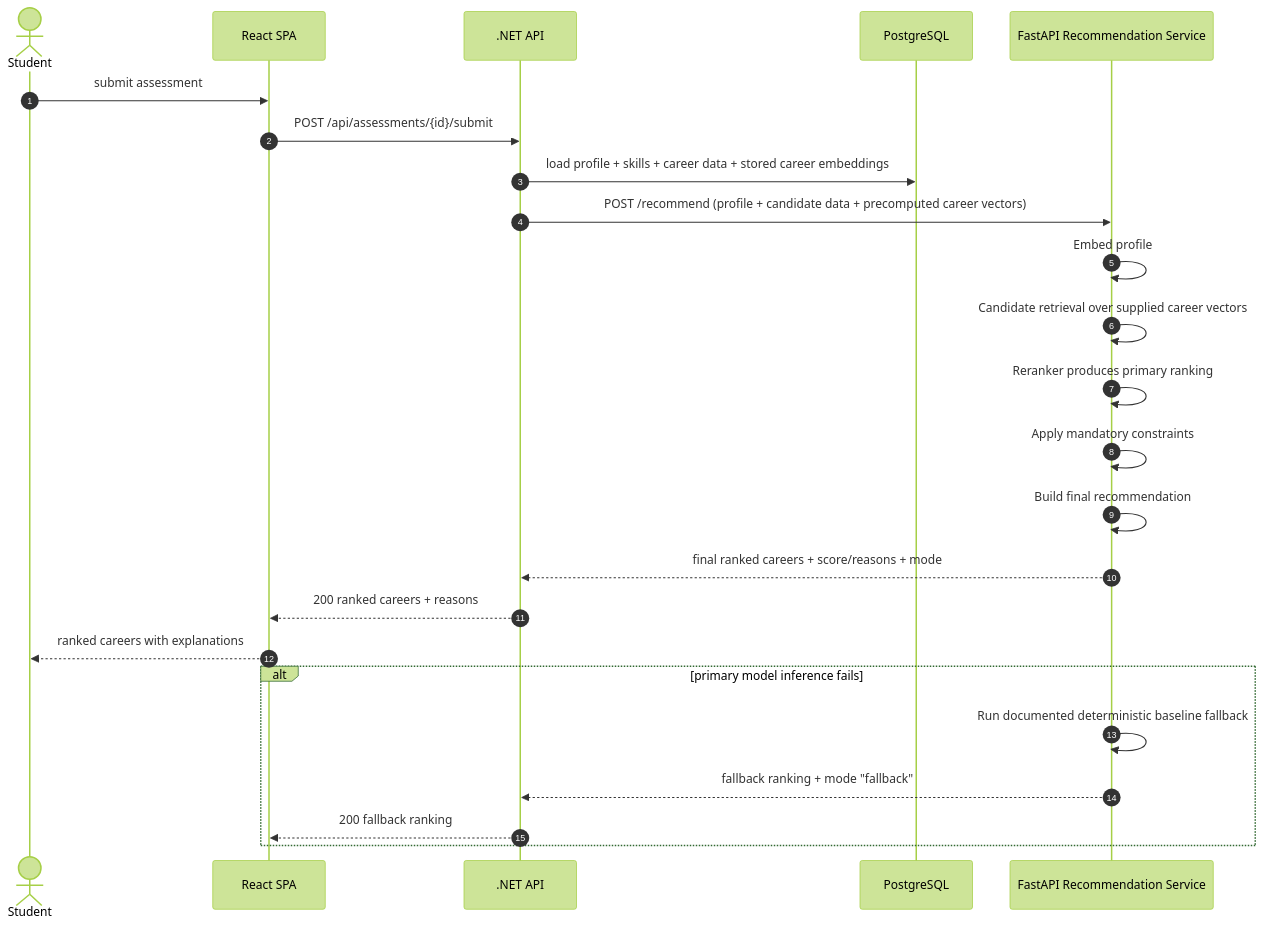
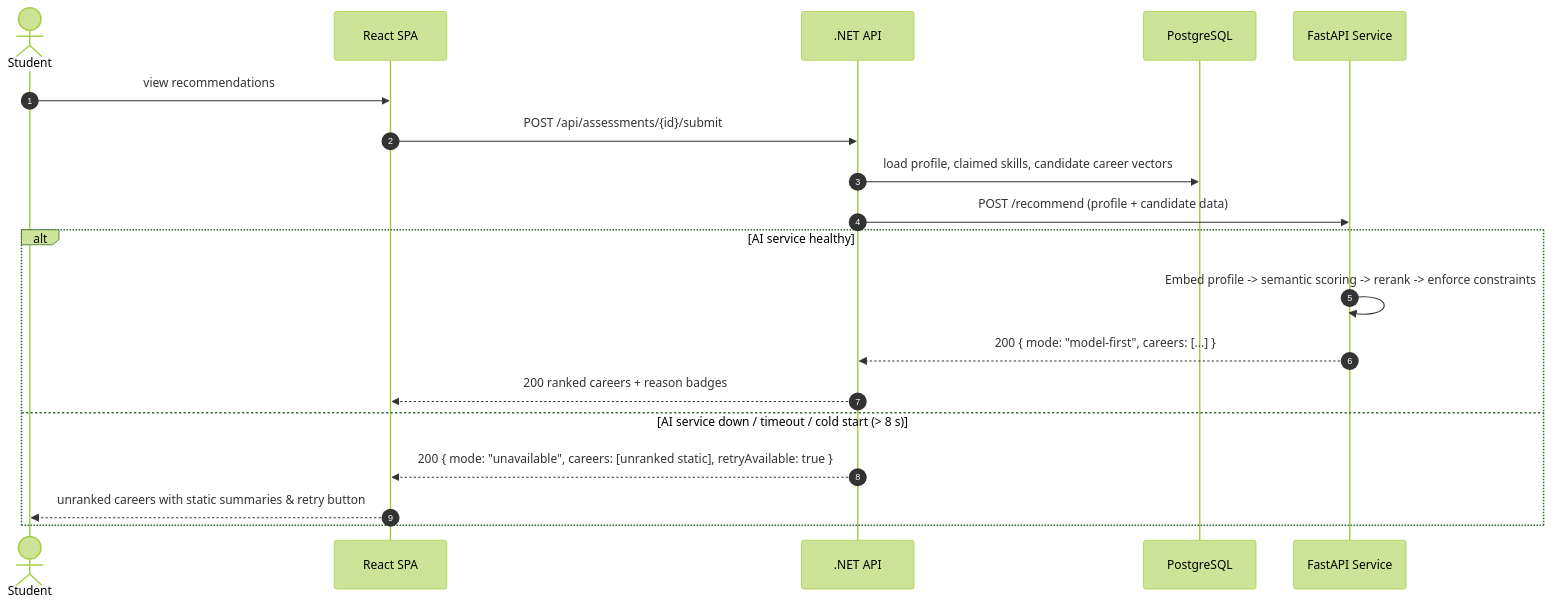
One commit to Masar-SCU/Masar changed the fifth of 8 diagrams in docs/03-architecture.md. Above: the diagram before and after it, drawn with Mermaid (forest theme). The commit also changed other lines of this file and 26 other files, not shown here.

First line of the commit message:
docs: master specification revision for atomic roadmap and defect fixes

````diff
--- a/docs/03-architecture.md
+++ b/docs/03-architecture.md
@@ -275,30 +252,23 @@
 ```mermaid
 sequenceDiagram
     autonumber
     actor S as Student
     participant W as React SPA
     participant A as .NET API
     participant DB as PostgreSQL
-    participant AI as FastAPI Recommendation Service
+    participant AI as FastAPI Service
 
-    S->>W: submit assessment
+    S->>W: view recommendations
     W->>A: POST /api/assessments/{id}/submit
-    A->>DB: load profile + skills + career data + stored career embeddings
-    A->>AI: POST /recommend (profile + candidate data + precomputed career vectors)
+    A->>DB: load profile, claimed skills, candidate career vectors
+    A->>AI: POST /recommend (profile + candidate data)
 
-    AI->>AI: Embed profile
-    AI->>AI: Candidate retrieval over supplied career vectors
-    AI->>AI: Reranker produces primary ranking
-    AI->>AI: Apply mandatory constraints
-    AI->>AI: Build final recommendation
-    AI-->>A: final ranked careers + score/reasons + mode
-
-    A-->>W: 200 ranked careers + reasons
-    W-->>S: ranked careers with explanations
-
-    alt primary model inference fails
-        AI->>AI: Run documented deterministic baseline fallback
-        AI-->>A: fallback ranking + mode "fallback"
-        A-->>W: 200 fallback ranking
+    alt AI service healthy
+        AI->>AI: Embed profile -> semantic scoring -> rerank -> enforce constraints
+        AI-->>A: 200 { mode: "model-first", careers: [...] }
+        A-->>W: 200 ranked careers + reason badges
+    else AI service down / timeout / cold start (> 8 s)
+        A-->>W: 200 { mode: "unavailable", careers: [unranked static], retryAvailable: true }
+        W-->>S: unranked careers with static summaries & retry button
     end
 ```
````
